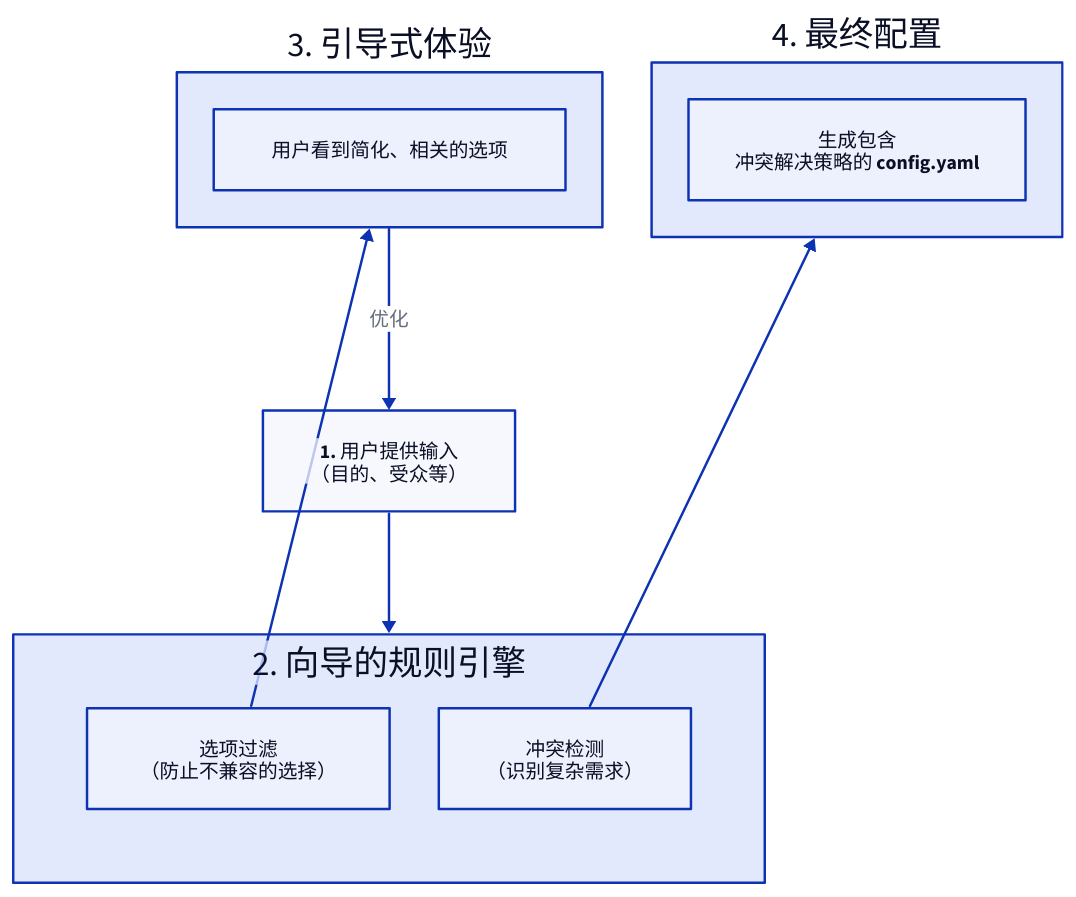
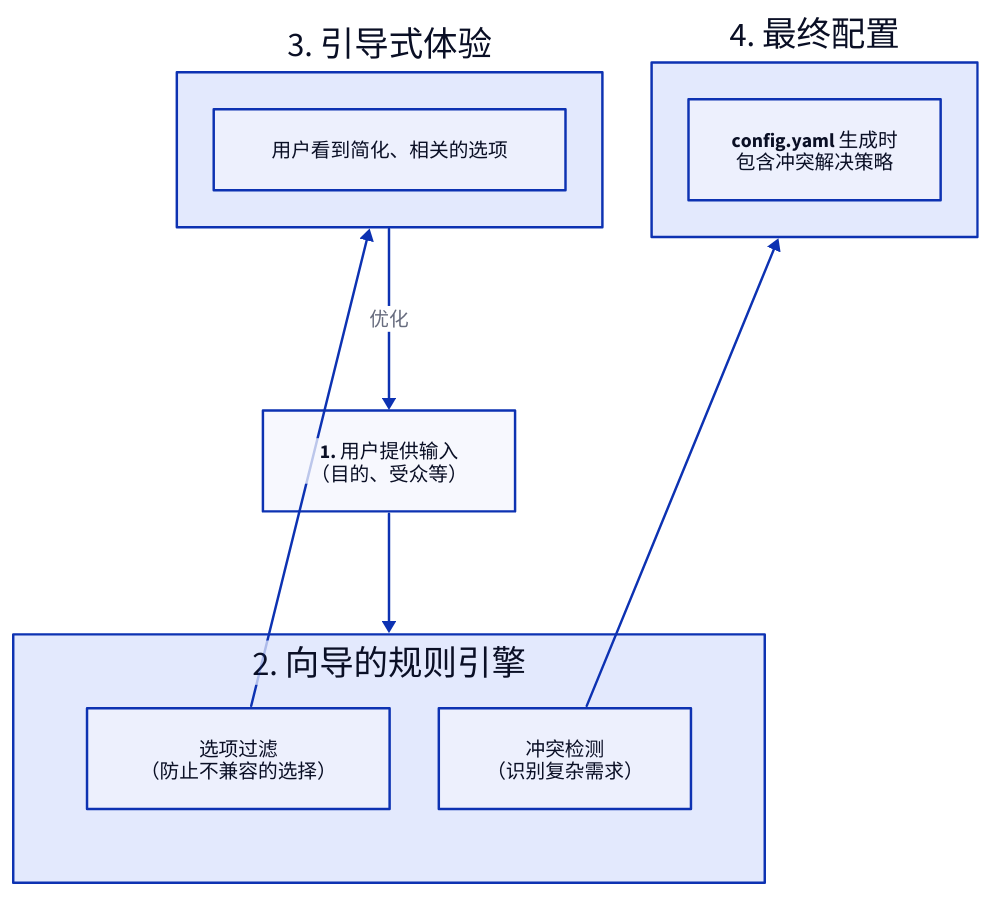
The diagram in docs/configuration-interactive-setup.zh.md (AIGNE-io/aigne-doc-smith), drawn with D2 before and after one commit. The commit also changed other lines of this file and 69 other files, not shown here.

````diff
--- a/docs/configuration-interactive-setup.zh.md
+++ b/docs/configuration-interactive-setup.zh.md
@@ -32,38 +32,38 @@
 ```d2
 direction: down
 
 User-Selections: {
   label: "1. 用户提供输入\n（目的、受众等）"
   shape: rectangle
 }
 
 Wizard-Engine: {
   label: "2. 向导的规则引擎"
   shape: rectangle
   grid-columns: 2
 
   Filtering: {
     label: "选项过滤\n（防止不兼容的选择）"
   }
 
   Conflict-Detection: {
     label: "冲突检测\n（识别复杂需求）"
   }
 }
 
 Guided-Experience: {
   label: "3. 引导式体验"
   shape: rectangle
   content: "用户看到简化、相关的选项"
 }
 
 Final-Config: {
   label: "4. 最终配置"
-  content: "生成包含\n冲突解决策略的 config.yaml"
+  content: "config.yaml 生成时\n包含冲突解决策略"
 }
 
 User-Selections -> Wizard-Engine
 Wizard-Engine.Filtering -> Guided-Experience
 Wizard-Engine.Conflict-Detection -> Final-Config
 Guided-Experience -> User-Selections: "优化"
 ```
````
